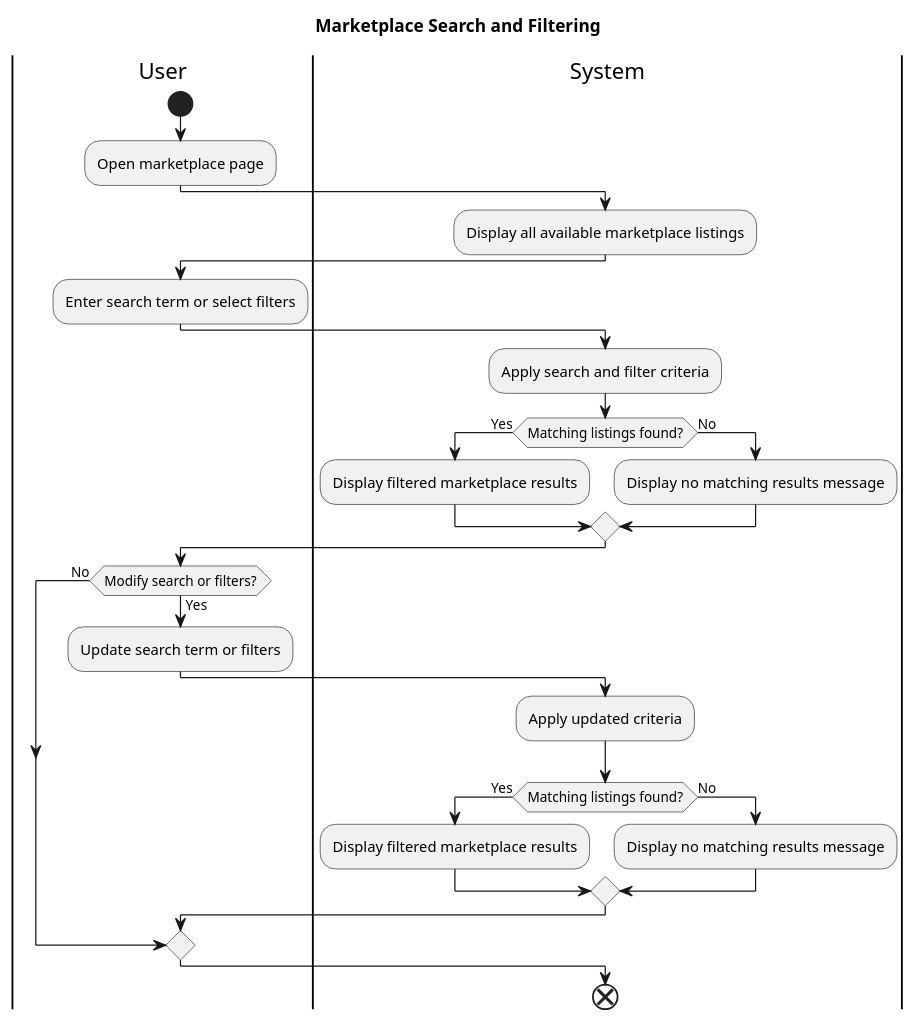
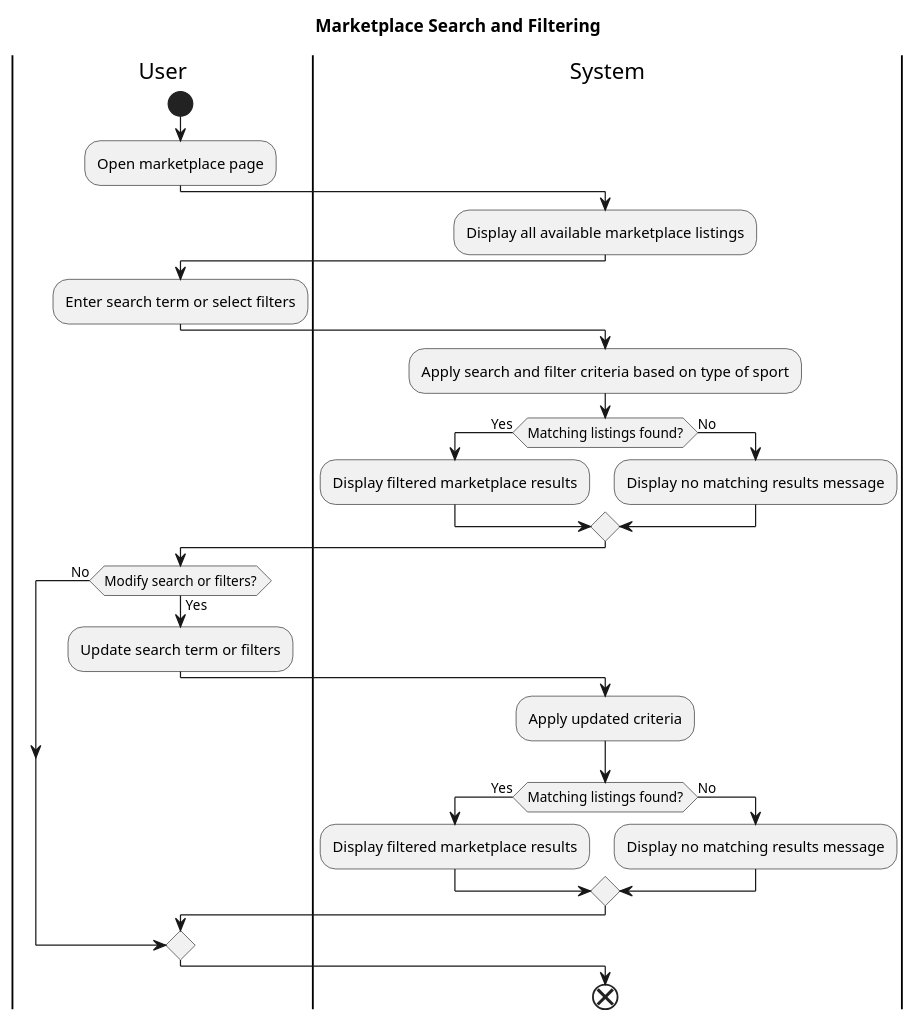
One commit to JanPerez35/PlantUML changed the diagram in activityDiagrams/Marketplace Search and Filtering.puml. Above: the diagram before and after it, drawn with PlantUML. The commit also changed 26 other files, not shown here.

Commit message:
Updates use case diagrams and activity diagrams

```diff
--- a/activityDiagrams/Marketplace Search and Filtering.puml
+++ b/activityDiagrams/Marketplace Search and Filtering.puml
@@ -1,37 +1,37 @@
 @startuml
 title Marketplace Search and Filtering
 
 |User|
 start
 :Open marketplace page;
 
 |System|
 :Display all available marketplace listings;
 
 |User|
 :Enter search term or select filters;
 
 |System|
-:Apply search and filter criteria;
+:Apply search and filter criteria based on type of sport;
 
 if (Matching listings found?) then (Yes)
   :Display filtered marketplace results;
 else (No)
   :Display no matching results message;
 endif
 
 |User|
 if (Modify search or filters?) then (Yes)
   :Update search term or filters;
   |System|
   :Apply updated criteria;
   if (Matching listings found?) then (Yes)
     :Display filtered marketplace results;
   else (No)
     :Display no matching results message;
   endif
 else (No)
 endif
 
 end
 @enduml
```
